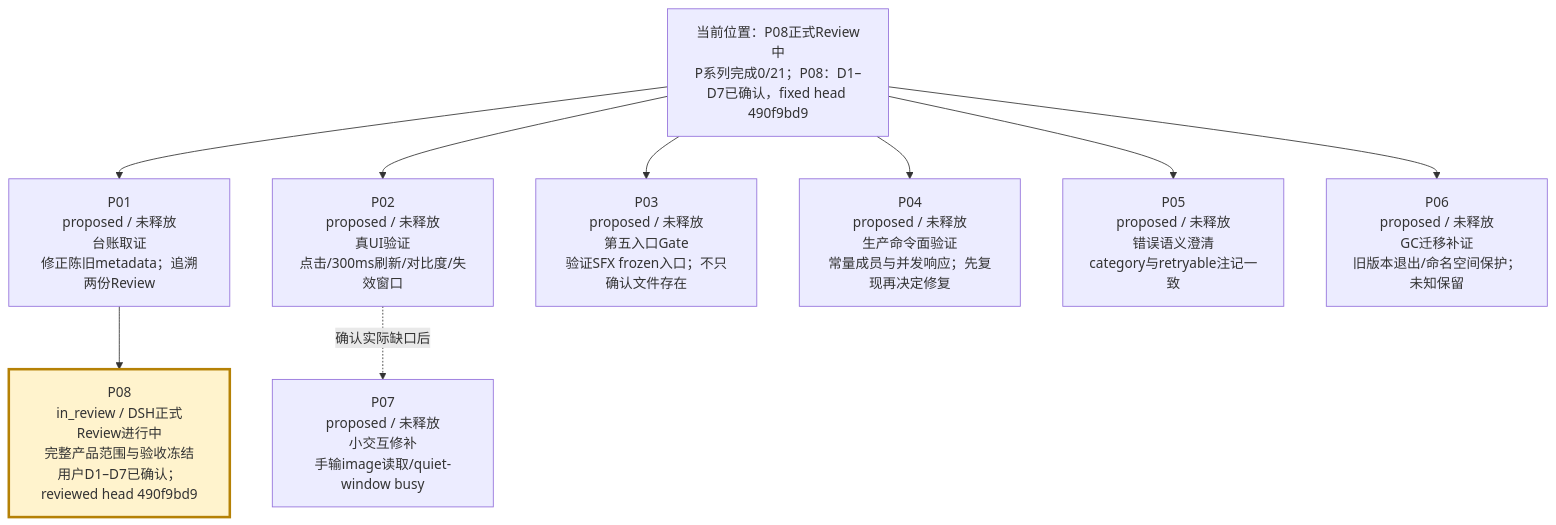
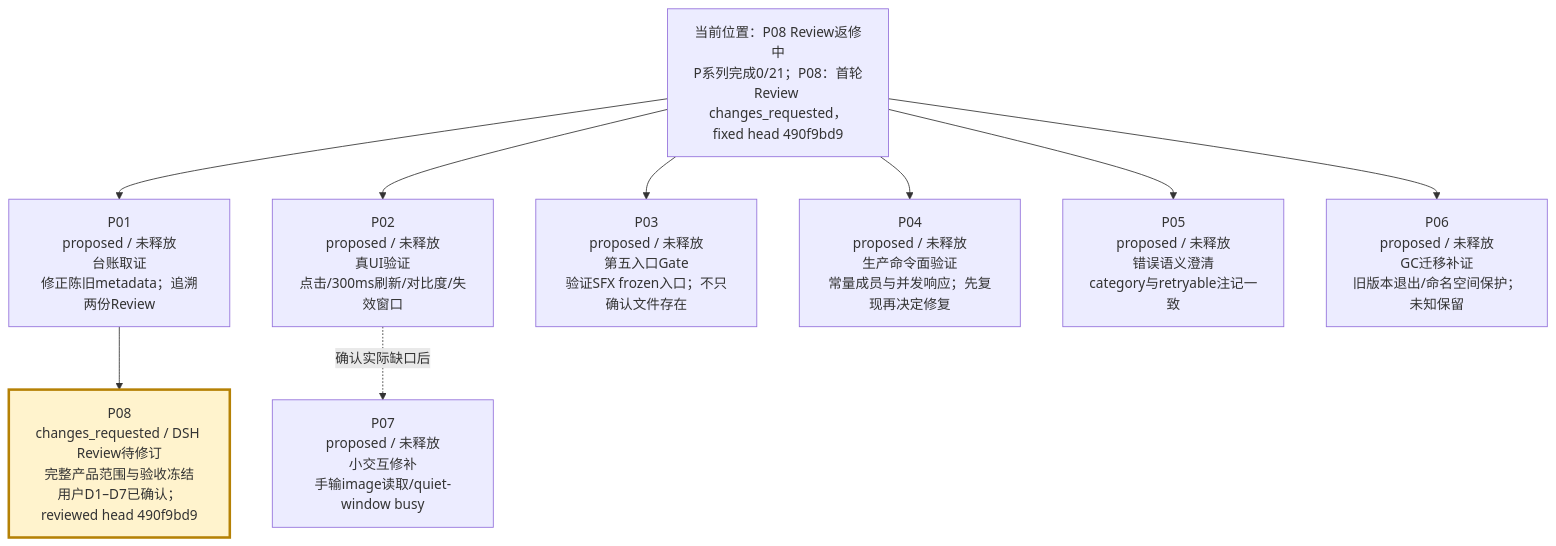
The second of 4 diagrams in verification/PROJECT-ROADMAP-20261008/ROADMAP.md (peakwheat-pixel/New-Manga), drawn with Mermaid before and after one commit. The commit also changed other lines of this file and 13 other files, not shown here.

Commit message:
docs(P08): record DSH changes requested

````diff
--- a/verification/PROJECT-ROADMAP-20261008/ROADMAP.md
+++ b/verification/PROJECT-ROADMAP-20261008/ROADMAP.md
@@ -30,12 +30,12 @@
 ```mermaid
 flowchart TB
-  BASE["当前位置：P08正式Review中<br/>P系列完成0/21；P08：D1–D7已确认，fixed head 490f9bd9"] --> P01["P01<br/>proposed / 未释放<br/>台账取证<br/>修正陈旧metadata；追溯两份Review"]
+  BASE["当前位置：P08 Review返修中<br/>P系列完成0/21；P08：首轮Review changes_requested，fixed head 490f9bd9"] --> P01["P01<br/>proposed / 未释放<br/>台账取证<br/>修正陈旧metadata；追溯两份Review"]
   BASE --> P02["P02<br/>proposed / 未释放<br/>真UI验证<br/>点击/300ms刷新/对比度/失效窗口"]
   BASE --> P03["P03<br/>proposed / 未释放<br/>第五入口Gate<br/>验证SFX frozen入口；不只确认文件存在"]
   BASE --> P04["P04<br/>proposed / 未释放<br/>生产命令面验证<br/>常量成员与并发响应；先复现再决定修复"]
   BASE --> P05["P05<br/>proposed / 未释放<br/>错误语义澄清<br/>category与retryable注记一致"]
   BASE --> P06["P06<br/>proposed / 未释放<br/>GC迁移补证<br/>旧版本退出/命名空间保护；未知保留"]
   P02 -. "确认实际缺口后" .-> P07["P07<br/>proposed / 未释放<br/>小交互修补<br/>手输image读取/quiet-window busy"]
-  P01 --> P08["P08<br/>in_review / DSH正式Review进行中<br/>完整产品范围与验收冻结<br/>用户D1–D7已确认；reviewed head 490f9bd9"]
+  P01 --> P08["P08<br/>changes_requested / DSH Review待修订<br/>完整产品范围与验收冻结<br/>用户D1–D7已确认；reviewed head 490f9bd9"]
   style P08 fill:#fff3cd,stroke:#b58105,stroke-width:3px
 ```
````
